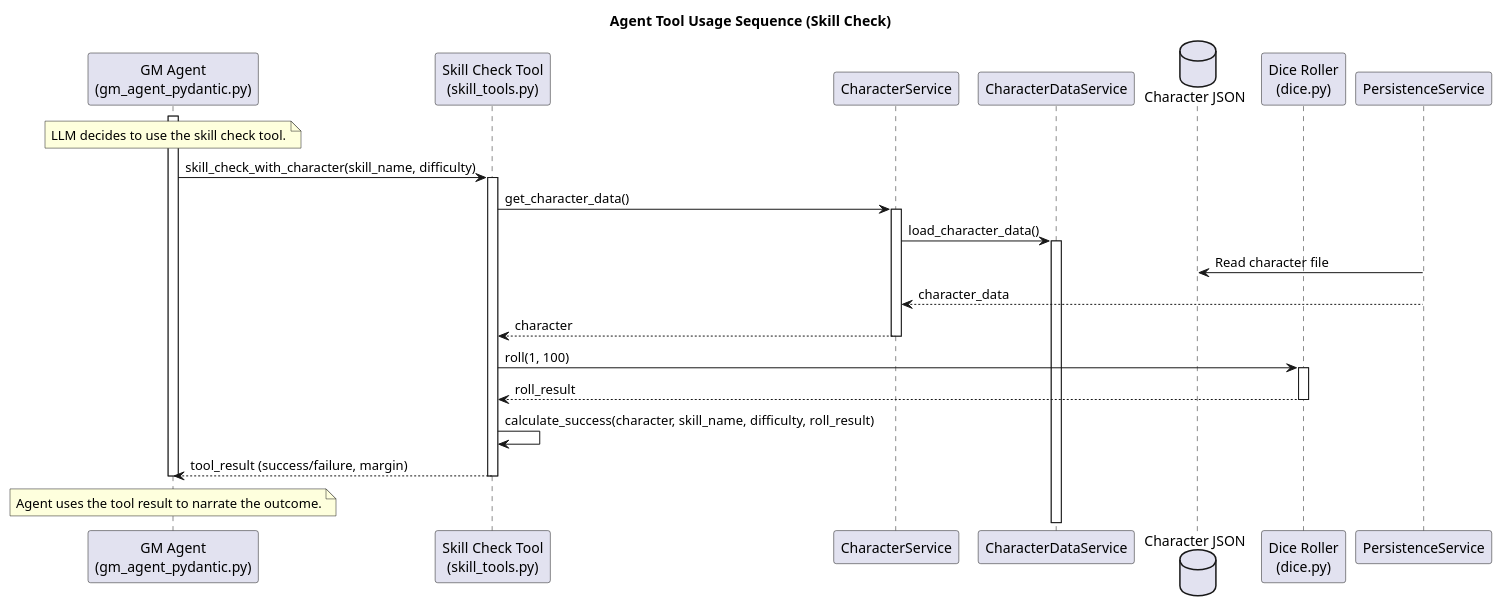
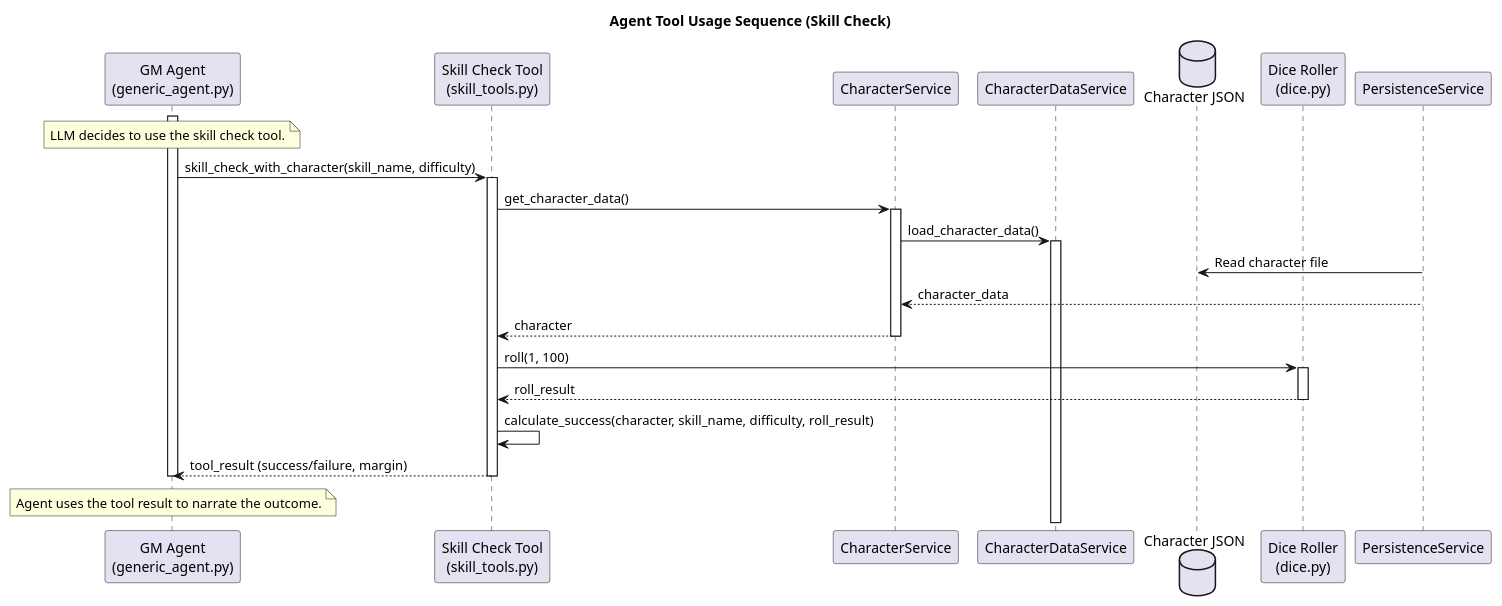
One commit to cyberbobjr/jdr changed the diagram in docs/uml/sequence_agent_tool_usage.puml. Above: the diagram before and after it, drawn with PlantUML. The commit also changed 12 other files, not shown here.

```diff
--- a/docs/uml/sequence_agent_tool_usage.puml
+++ b/docs/uml/sequence_agent_tool_usage.puml
@@ -1,41 +1,41 @@
 @startuml
 title Agent Tool Usage Sequence (Skill Check)
 
-participant "GM Agent\n(gm_agent_pydantic.py)" as GmAgent
+participant "GM Agent\n(generic_agent.py)" as GmAgent
 participant "Skill Check Tool\n(skill_tools.py)" as SkillTool
 participant "CharacterService" as CharacterService
 participant "CharacterDataService" as DataService
 database "Character JSON" as CharacterDB
 participant "Dice Roller\n(dice.py)" as Dice
 
 activate GmAgent
 
 note over GmAgent: LLM decides to use the skill check tool.
 GmAgent -> SkillTool: skill_check_with_character(skill_name, difficulty)
 activate SkillTool
 
 SkillTool -> CharacterService: get_character_data()
 activate CharacterService
 CharacterService -> DataService: load_character_data()
 activate DataService
 PersistenceService -> CharacterDB: Read character file
 PersistenceService --> CharacterService: character_data
 deactivate PersistenceService
 CharacterService --> SkillTool: character
 deactivate CharacterService
 
 SkillTool -> Dice: roll(1, 100)
 activate Dice
 Dice --> SkillTool: roll_result
 deactivate Dice
 
 SkillTool -> SkillTool: calculate_success(character, skill_name, difficulty, roll_result)
 
 SkillTool --> GmAgent: tool_result (success/failure, margin)
 deactivate SkillTool
 
 note over GmAgent: Agent uses the tool result to narrate the outcome.
 
 deactivate GmAgent
 
 @enduml
```
